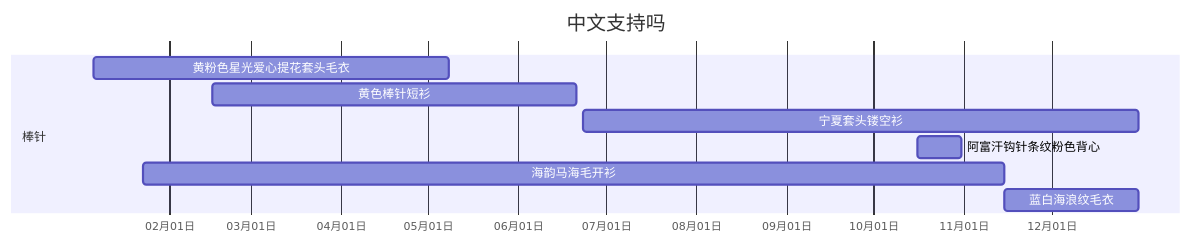
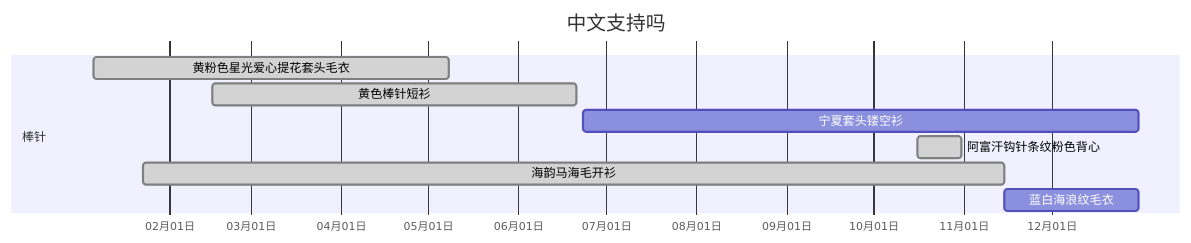
One commit to JiYouMCC/JiYouMCC.github.io changed the diagram in _drafts/2022-1.md. Above: the diagram before and after it, drawn with Mermaid.

````diff
--- a/_drafts/2022-1.md
+++ b/_drafts/2022-1.md
@@ -1,13 +1,13 @@
 ```mermaid
 gantt
 title 中文支持吗
 dateFormat MM/DD
 axisFormat %m月%d日
 section 棒针
-    黄粉色星光爱心提花套头毛衣   :2022-01-06, 122d
-    黄色棒针短衫                :2022-02-16, 125d
-    宁夏套头镂空衫              :2022-06-23,191d
-    阿富汗钩针条纹粉色背心       :2022-10-16, 15d
-    海韵马海毛开衫              :2022-01-23, 296d
-    蓝白海浪纹毛衣              :2022-11-15, 46d 
+    黄粉色星光爱心提花套头毛衣   :done,a1,2022-01-06, 122d
+    黄色棒针短衫                :done,a2,2022-02-16, 125d
+    宁夏套头镂空衫              :a3,2022-06-23,191d
+    阿富汗钩针条纹粉色背心       :done,a4,2022-10-16, 15d
+    海韵马海毛开衫              :done,a5,2022-01-23, 296d
+    蓝白海浪纹毛衣              :a6,2022-11-15, 46d 
 ```
````
